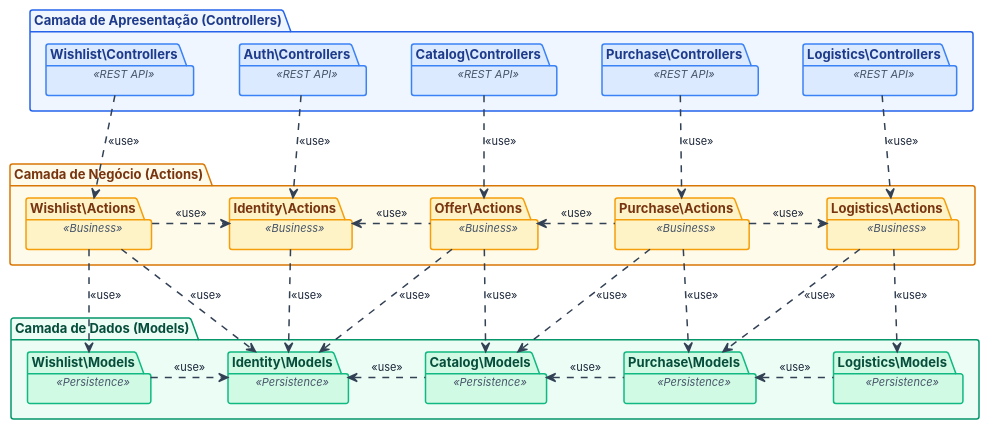
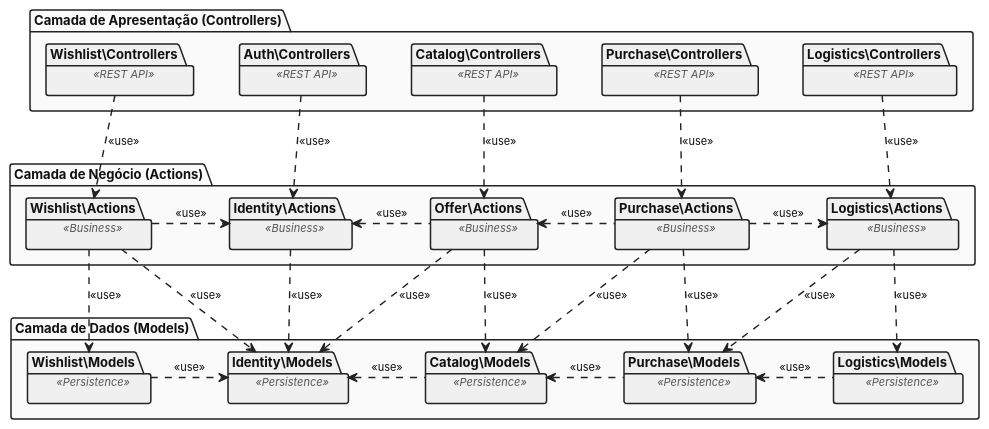
One commit to nahel-argama/cultiva changed the diagram in documents/UML/diagrama_pacote/geral.puml. Above: the diagram before and after it, drawn with PlantUML. The commit also changed 1 other file, not shown here.

Commit message:
add package diagram

```diff
--- a/documents/UML/diagrama_pacote/geral.puml
+++ b/documents/UML/diagrama_pacote/geral.puml
@@ -1,140 +1,144 @@
 @startuml geral
+skinparam monochrome true
 skinparam shadowing false
 skinparam packageStyle folder
 skinparam defaultFontName "Inter", "Segoe UI", "Helvetica Neue", Arial, sans-serif
 skinparam defaultFontSize 12
 skinparam nodesep 45
 skinparam ranksep 75
-skinparam arrowThickness 1.5
-skinparam ArrowColor #334155
-skinparam ArrowFontColor #1E293B
+skinparam arrowThickness 1.4
+skinparam ArrowColor #222222
+skinparam ArrowFontColor #111111
 skinparam ArrowFontSize 11
 
 skinparam package {
+    BackgroundColor #FFFFFF
+    BorderColor #222222
+    FontColor #111111
     FontName "Inter", "Segoe UI", "Helvetica Neue", Arial, sans-serif
     FontSize 13
     FontStyle bold
     BorderThickness 1.5
     StereotypeFontSize 11
-    StereotypeFontColor #475569
+    StereotypeFontColor #555555
 }
 
 top to bottom direction
 
 ' ============================================================================
-' 1. CAMADA DE APRESENTAÇÃO (CONTROLLERS) - Tema Azul
+' 1. CAMADA DE APRESENTAÇÃO (CONTROLLERS)
 ' ============================================================================
-package "Camada de Apresentação (Controllers)" as Presentation #EFF6FF;line:2563EB;text:1E3A8A {
+package "Camada de Apresentação (Controllers)" as Presentation #FAFAFA {
 
-    package "Wishlist\Controllers" as C_Wishlist <<REST API>> #DBEAFE;line:3B82F6;text:1E3A8A {
+    package "Wishlist\Controllers" as C_Wishlist <<REST API>> #F0F0F0 {
     }
 
-    package "Auth\Controllers" as C_Auth <<REST API>> #DBEAFE;line:3B82F6;text:1E3A8A {
+    package "Auth\Controllers" as C_Auth <<REST API>> #F0F0F0 {
     }
 
-    package "Catalog\Controllers" as C_Catalog <<REST API>> #DBEAFE;line:3B82F6;text:1E3A8A {
+    package "Catalog\Controllers" as C_Catalog <<REST API>> #F0F0F0 {
     }
 
-    package "Purchase\Controllers" as C_Purchase <<REST API>> #DBEAFE;line:3B82F6;text:1E3A8A {
+    package "Purchase\Controllers" as C_Purchase <<REST API>> #F0F0F0 {
     }
 
-    package "Logistics\Controllers" as C_Logistics <<REST API>> #DBEAFE;line:3B82F6;text:1E3A8A {
+    package "Logistics\Controllers" as C_Logistics <<REST API>> #F0F0F0 {
     }
 
     C_Wishlist -[hidden]right-> C_Auth
     C_Auth -[hidden]right-> C_Catalog
     C_Catalog -[hidden]right-> C_Purchase
     C_Purchase -[hidden]right-> C_Logistics
 }
 
 ' ============================================================================
-' 2. CAMADA DE NEGÓCIO (ACTIONS) - Tema Âmbar
+' 2. CAMADA DE NEGÓCIO (ACTIONS)
 ' ============================================================================
-package "Camada de Negócio (Actions)" as Business #FFFBEB;line:D97706;text:78350F {
+package "Camada de Negócio (Actions)" as Business #FAFAFA {
 
-    package "Wishlist\Actions" as A_Wishlist <<Business>> #FEF3C7;line:F59E0B;text:78350F {
+    package "Wishlist\Actions" as A_Wishlist <<Business>> #F0F0F0 {
     }
 
-    package "Identity\Actions" as A_Identity <<Business>> #FEF3C7;line:F59E0B;text:78350F {
+    package "Identity\Actions" as A_Identity <<Business>> #F0F0F0 {
     }
 
-    package "Offer\Actions" as A_Offer <<Business>> #FEF3C7;line:F59E0B;text:78350F {
+    package "Offer\Actions" as A_Offer <<Business>> #F0F0F0 {
     }
 
-    package "Purchase\Actions" as A_Purchase <<Business>> #FEF3C7;line:F59E0B;text:78350F {
+    package "Purchase\Actions" as A_Purchase <<Business>> #F0F0F0 {
     }
 
-    package "Logistics\Actions" as A_Logistics <<Business>> #FEF3C7;line:F59E0B;text:78350F {
+    package "Logistics\Actions" as A_Logistics <<Business>> #F0F0F0 {
     }
 
     A_Wishlist -[hidden]right-> A_Identity
     A_Identity -[hidden]right-> A_Offer
     A_Offer -[hidden]right-> A_Purchase
     A_Purchase -[hidden]right-> A_Logistics
 }
 
 ' ============================================================================
-' 3. CAMADA DE DADOS (MODELS) - Tema Esmeralda
+' 3. CAMADA DE DADOS (MODELS)
 ' ============================================================================
-package "Camada de Dados (Models)" as Data #ECFDF5;line:059669;text:064E3B {
+package "Camada de Dados (Models)" as Data #FAFAFA {
 
-    package "Wishlist\Models" as M_Wishlist <<Persistence>> #D1FAE5;line:10B981;text:064E3B {
+    package "Wishlist\Models" as M_Wishlist <<Persistence>> #F0F0F0 {
     }
 
-    package "Identity\Models" as M_Identity <<Persistence>> #D1FAE5;line:10B981;text:064E3B {
+    package "Identity\Models" as M_Identity <<Persistence>> #F0F0F0 {
     }
 
-    package "Catalog\Models" as M_Catalog <<Persistence>> #D1FAE5;line:10B981;text:064E3B {
+    package "Catalog\Models" as M_Catalog <<Persistence>> #F0F0F0 {
     }
 
-    package "Purchase\Models" as M_Purchase <<Persistence>> #D1FAE5;line:10B981;text:064E3B {
+    package "Purchase\Models" as M_Purchase <<Persistence>> #F0F0F0 {
     }
 
-    package "Logistics\Models" as M_Logistics <<Persistence>> #D1FAE5;line:10B981;text:064E3B {
+    package "Logistics\Models" as M_Logistics <<Persistence>> #F0F0F0 {
     }
 
     M_Wishlist -[hidden]right-> M_Identity
     M_Identity -[hidden]right-> M_Catalog
     M_Catalog -[hidden]right-> M_Purchase
     M_Purchase -[hidden]right-> M_Logistics
 }
 
 ' ============================================================================
 ' RELAÇÕES DE USO: APRESENTAÇÃO -> NEGÓCIO
 ' ============================================================================
 C_Wishlist ..> A_Wishlist : <<use>>
 C_Auth ..> A_Identity : <<use>>
 C_Catalog ..> A_Offer : <<use>>
 C_Purchase ..> A_Purchase : <<use>>
 C_Logistics ..> A_Logistics : <<use>>
 
 ' ============================================================================
 ' RELAÇÕES DE USO ENTRE REGRAS DE NEGÓCIO (ACTIONS -> ACTIONS)
 ' ============================================================================
 A_Wishlist .right.> A_Identity : <<use>>
 A_Offer .left.> A_Identity : <<use>>
 A_Purchase .left.> A_Offer : <<use>>
 A_Purchase .right.> A_Logistics : <<use>>
 
 ' ============================================================================
 ' RELAÇÕES DE USO: NEGÓCIO -> DADOS
 ' ============================================================================
 A_Wishlist ..> M_Wishlist : <<use>>
 A_Wishlist ..> M_Identity : <<use>>
 A_Identity ..> M_Identity : <<use>>
 A_Offer ..> M_Catalog : <<use>>
 A_Offer ..> M_Identity : <<use>>
 A_Purchase ..> M_Purchase : <<use>>
 A_Purchase ..> M_Catalog : <<use>>
 A_Logistics ..> M_Logistics : <<use>>
 A_Logistics ..> M_Purchase : <<use>>
 
 ' ============================================================================
 ' RELAÇÕES ESTRUTURAIS ENTRE MODELOS DE DADOS (MODELS -> MODELS)
 ' ============================================================================
 M_Wishlist .right.> M_Identity : <<use>>
 M_Catalog .left.> M_Identity : <<use>>
 M_Purchase .left.> M_Catalog : <<use>>
 M_Logistics .left.> M_Purchase : <<use>>
 
 @enduml
```
